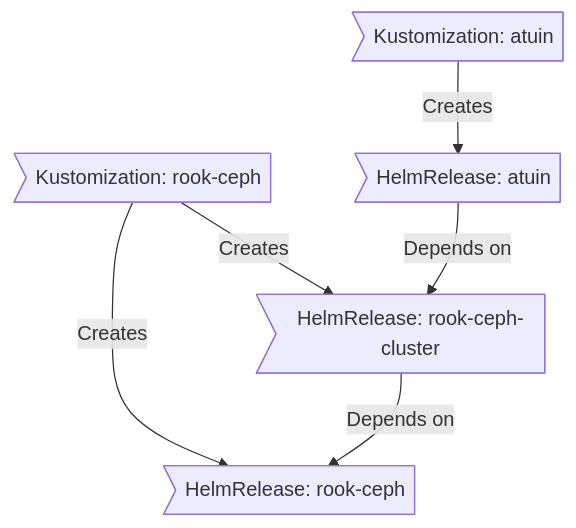
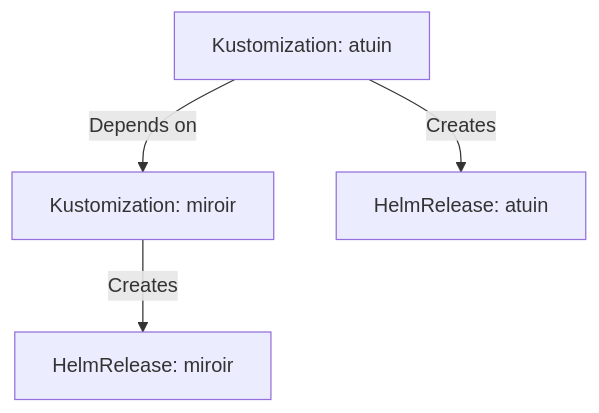
One commit to caycehouse/home-ops changed the first of 2 diagrams in README.md. Above: the diagram before and after it, drawn with Mermaid. The commit also changed other lines of this file and 95 other files, not shown here.

````diff
--- a/README.md
+++ b/README.md
@@ -87,8 +87,6 @@
 ```mermaid
 graph TD
-    A>Kustomization: rook-ceph] -->|Creates| B[HelmRelease: rook-ceph]
-    A>Kustomization: rook-ceph] -->|Creates| C[HelmRelease: rook-ceph-cluster]
-    C>HelmRelease: rook-ceph-cluster] -->|Depends on| B>HelmRelease: rook-ceph]
-    D>Kustomization: atuin] -->|Creates| E(HelmRelease: atuin)
-    E>HelmRelease: atuin] -->|Depends on| C>HelmRelease: rook-ceph-cluster]
+    A[Kustomization: miroir] -->|Creates| B[HelmRelease: miroir]
+    C[Kustomization: atuin] -->|Creates| D[HelmRelease: atuin]
+    C -->|Depends on| A
 ```
````
